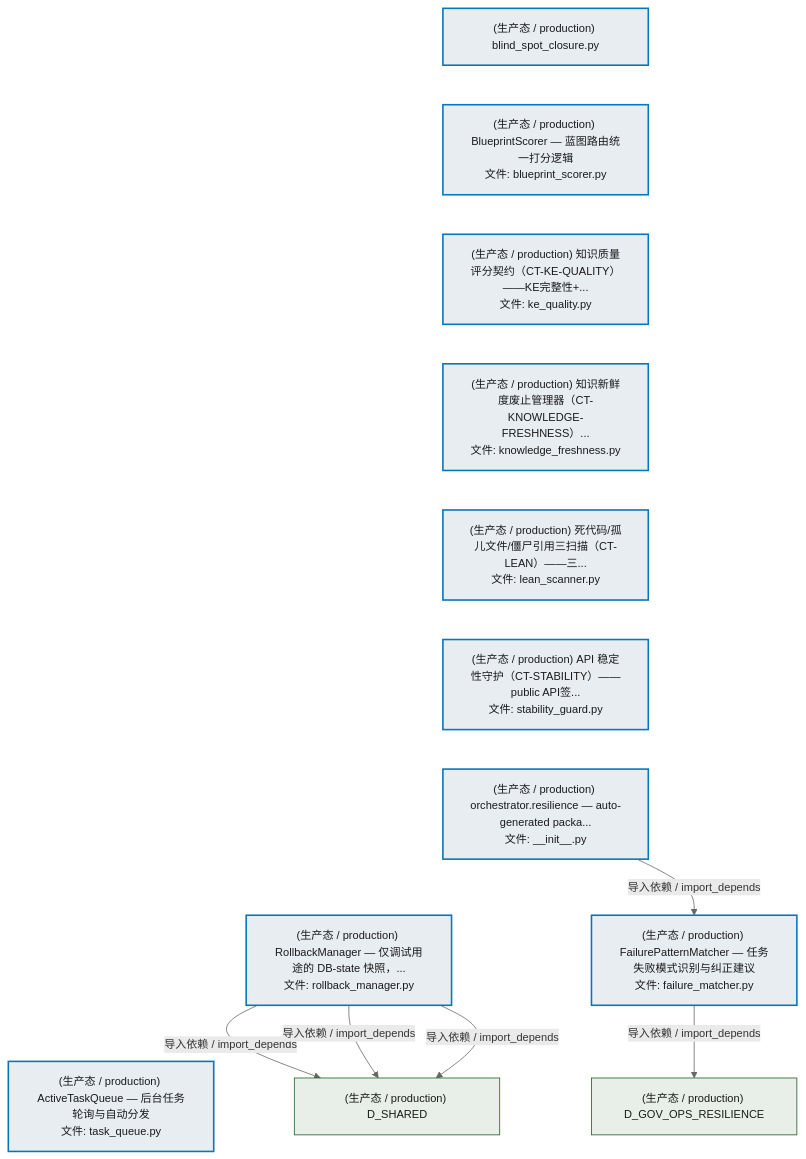
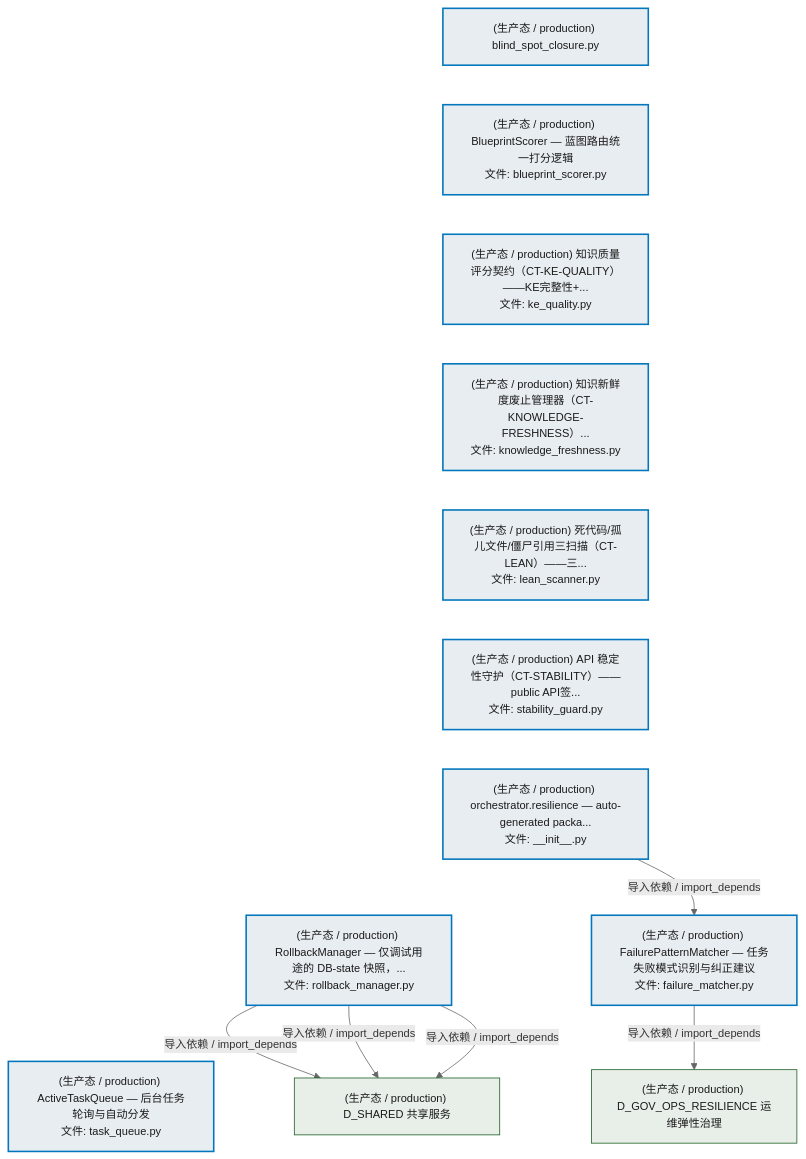
Before and after one commit to xuanFelixVan/ZephyrAlpha: the third of 5 diagrams in docs/02_enterprise_architecture/02_domain_architecture_docs/25_d_orchestrator.md, drawn with Mermaid. The commit also changed other lines of this file and 45 other files, not shown here.

````diff
--- a/docs/02_enterprise_architecture/02_domain_architecture_docs/25_d_orchestrator.md
+++ b/docs/02_enterprise_architecture/02_domain_architecture_docs/25_d_orchestrator.md
@@ -331,35 +330,35 @@
 ```mermaid
 %%{init: {'theme': 'base', 'themeVariables': {'primaryColor': '#eaeaea', 'primaryTextColor': '#333333', 'primaryBorderColor': '#666666', 'lineColor': '#666666', 'secondaryColor': '#eaeaea', 'tertiaryColor': '#eaeaea', 'fontSize': '14px'}}}%%
 flowchart TD
     src_zephyr_orchestrator_quality_blind_spot_closure_py["(生产态 / production) blind_spot_closure.py"]
     src_zephyr_orchestrator_quality_blueprint_scorer_py["(生产态 / production) BlueprintScorer — 蓝图路由统一打分逻辑<br/>文件: blueprint_scorer.py"]
     src_zephyr_orchestrator_quality_ke_quality_py["(生产态 / production) 知识质量评分契约（CT-KE-QUALITY）——KE完整性+...<br/>文件: ke_quality.py"]
     src_zephyr_orchestrator_quality_knowledge_freshness_py["(生产态 / production) 知识新鲜度废止管理器（CT-KNOWLEDGE-FRESHNESS）...<br/>文件: knowledge_freshness.py"]
     src_zephyr_orchestrator_quality_lean_scanner_py["(生产态 / production) 死代码/孤儿文件/僵尸引用三扫描（CT-LEAN）——三...<br/>文件: lean_scanner.py"]
     src_zephyr_orchestrator_quality_stability_guard_py["(生产态 / production) API 稳定性守护（CT-STABILITY）——public API签...<br/>文件: stability_guard.py"]
     src_zephyr_orchestrator_resilience_init_py["(生产态 / production) orchestrator.resilience — auto-generated packa...<br/>文件: __init__.py"]
     src_zephyr_orchestrator_rollback_manager_py["(生产态 / production) RollbackManager — 仅调试用途的 DB-state 快照，...<br/>文件: rollback_manager.py"]
     src_zephyr_orchestrator_task_queue_py["(生产态 / production) ActiveTaskQueue — 后台任务轮询与自动分发<br/>文件: task_queue.py"]
     src_zephyr_orchestrator_quality_blind_spot_closure_py ~~~ src_zephyr_orchestrator_quality_blueprint_scorer_py
     src_zephyr_orchestrator_quality_blueprint_scorer_py ~~~ src_zephyr_orchestrator_quality_ke_quality_py
     src_zephyr_orchestrator_quality_ke_quality_py ~~~ src_zephyr_orchestrator_quality_knowledge_freshness_py
     src_zephyr_orchestrator_quality_knowledge_freshness_py ~~~ src_zephyr_orchestrator_quality_lean_scanner_py
     src_zephyr_orchestrator_quality_lean_scanner_py ~~~ src_zephyr_orchestrator_quality_stability_guard_py
     src_zephyr_orchestrator_quality_stability_guard_py ~~~ src_zephyr_orchestrator_resilience_init_py
     src_zephyr_orchestrator_resilience_init_py ~~~ src_zephyr_orchestrator_rollback_manager_py
     src_zephyr_orchestrator_rollback_manager_py ~~~ src_zephyr_orchestrator_task_queue_py
     src_zephyr_orchestrator_resilience_failure_matcher_py["(生产态 / production) FailurePatternMatcher — 任务失败模式识别与纠正建议<br/>文件: failure_matcher.py"]
     src_zephyr_orchestrator_resilience_init_py -->|导入依赖 / import_depends| src_zephyr_orchestrator_resilience_failure_matcher_py
-    D_SHARED["(生产态 / production) D_SHARED"]
+    D_SHARED["(生产态 / production) D_SHARED 共享服务"]
     src_zephyr_orchestrator_rollback_manager_py -->|导入依赖 / import_depends| D_SHARED
     src_zephyr_orchestrator_rollback_manager_py -->|导入依赖 / import_depends| D_SHARED
     src_zephyr_orchestrator_rollback_manager_py -->|导入依赖 / import_depends| D_SHARED
-    D_GOV_OPS_RESILIENCE["(生产态 / production) D_GOV_OPS_RESILIENCE"]
+    D_GOV_OPS_RESILIENCE["(生产态 / production) D_GOV_OPS_RESILIENCE 运维弹性治理"]
     src_zephyr_orchestrator_resilience_failure_matcher_py -->|导入依赖 / import_depends| D_GOV_OPS_RESILIENCE
     classDef production fill:#e8edf2,stroke:#0277bd,stroke-width:2px,color:#1a1a1a
     classDef design fill:#f0ebe3,stroke:#bf360c,stroke-width:2px,color:#1a1a1a,stroke-dasharray: 5 5
     classDef external_prod fill:#e8efe9,stroke:#1b5e20,stroke-width:1px,color:#1a1a1a
     classDef external_design fill:#efe5ea,stroke:#880e4f,stroke-width:1px,color:#1a1a1a,stroke-dasharray: 5 5
     class src_zephyr_orchestrator_quality_blind_spot_closure_py,src_zephyr_orchestrator_quality_blueprint_scorer_py,src_zephyr_orchestrator_quality_ke_quality_py,src_zephyr_orchestrator_quality_knowledge_freshness_py,src_zephyr_orchestrator_quality_lean_scanner_py,src_zephyr_orchestrator_quality_stability_guard_py,src_zephyr_orchestrator_resilience_init_py,src_zephyr_orchestrator_resilience_failure_matcher_py,src_zephyr_orchestrator_rollback_manager_py,src_zephyr_orchestrator_task_queue_py production
     class D_SHARED,D_GOV_OPS_RESILIENCE external_prod
 ```
````
